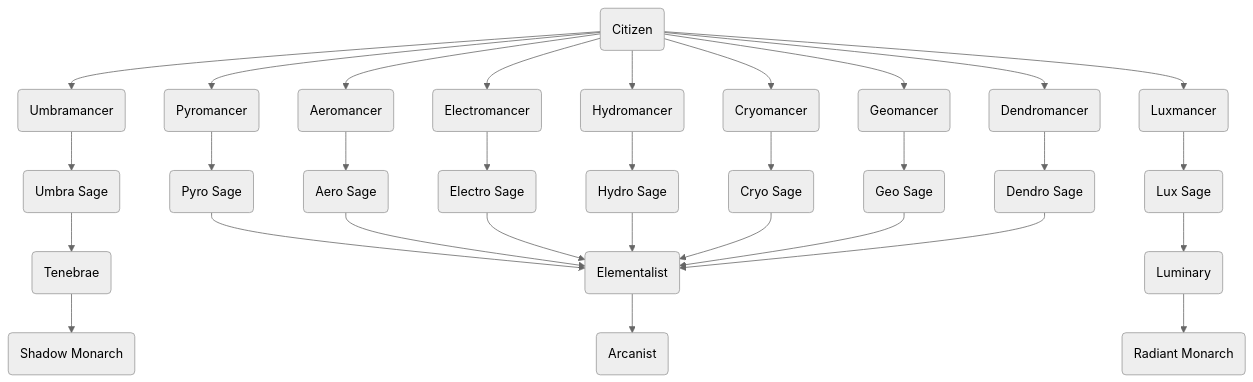
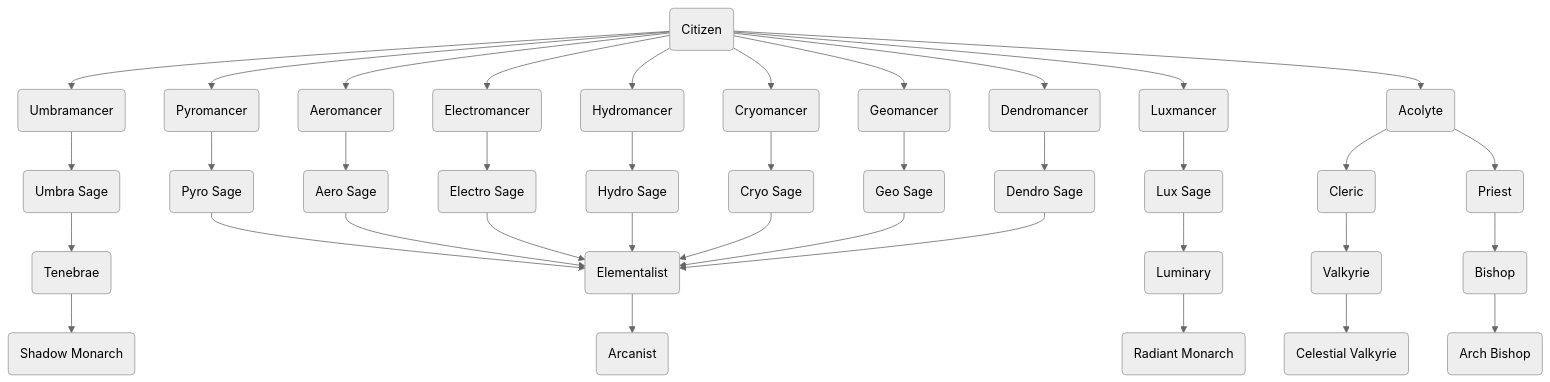
The third of 3 diagrams in design/catalog/Unit-Classes.md (DonColon/vigilans-nexum-wiki), drawn with Mermaid (neutral theme) before and after one commit. The commit also changed other lines of this file and 5 other files, not shown here.

````diff
--- a/design/catalog/Unit-Classes.md
+++ b/design/catalog/Unit-Classes.md
@@ -224,6 +197,7 @@
 	dendromancer(Dendromancer)
 	luxmancer(Luxmancer)
 	umbramancer(Umbramancer)
+	acolyte(Acolyte)
 	
 	citizen-->umbramancer
 	citizen-->pyromancer
@@ -234,6 +208,7 @@
 	citizen-->geomancer
 	citizen-->dendromancer
 	citizen-->luxmancer
+	citizen-->acolyte
 	
 	%% Intermediate Classes
 	pyro-sage(Pyro Sage)
@@ -245,6 +220,8 @@
 	dendro-sage(Dendro Sage)
 	lux-sage(Lux Sage)
 	umbra-sage(Umbra Sage)
+	cleric(Cleric)
+	priest(Priest)
 	
 	pyromancer-->pyro-sage
 	aeromancer-->aero-sage
@@ -255,11 +232,15 @@
 	dendromancer-->dendro-sage
 	luxmancer-->lux-sage
 	umbramancer-->umbra-sage
+	acolyte-->cleric
+	acolyte-->priest
 	
 	%% Advanced Classes
 	elementalist(Elementalist)
 	luminary(Luminary)
 	tenebrae(Tenebrae)
+	valkyrie(Valkyrie)
+	bishop(Bishop)
 	
 	pyro-sage-->elementalist
 	aero-sage-->elementalist
@@ -270,14 +251,20 @@
 	dendro-sage-->elementalist
 	lux-sage-->luminary
 	umbra-sage-->tenebrae
+	cleric-->valkyrie
+	priest-->bishop
 	
 	%% Master Classes
 	arcanist(Arcanist)
 	radiant-monarch(Radiant Monarch)
 	shadow-monarch(Shadow Monarch)
+	celestial-valkyrie(Celestial Valkyrie)
+	arch-bishop(Arch Bishop)
 	
 	elementalist-->arcanist
 	luminary-->radiant-monarch
 	tenebrae-->shadow-monarch
+	valkyrie-->celestial-valkyrie
+	bishop-->arch-bishop
 	
 ```
````
